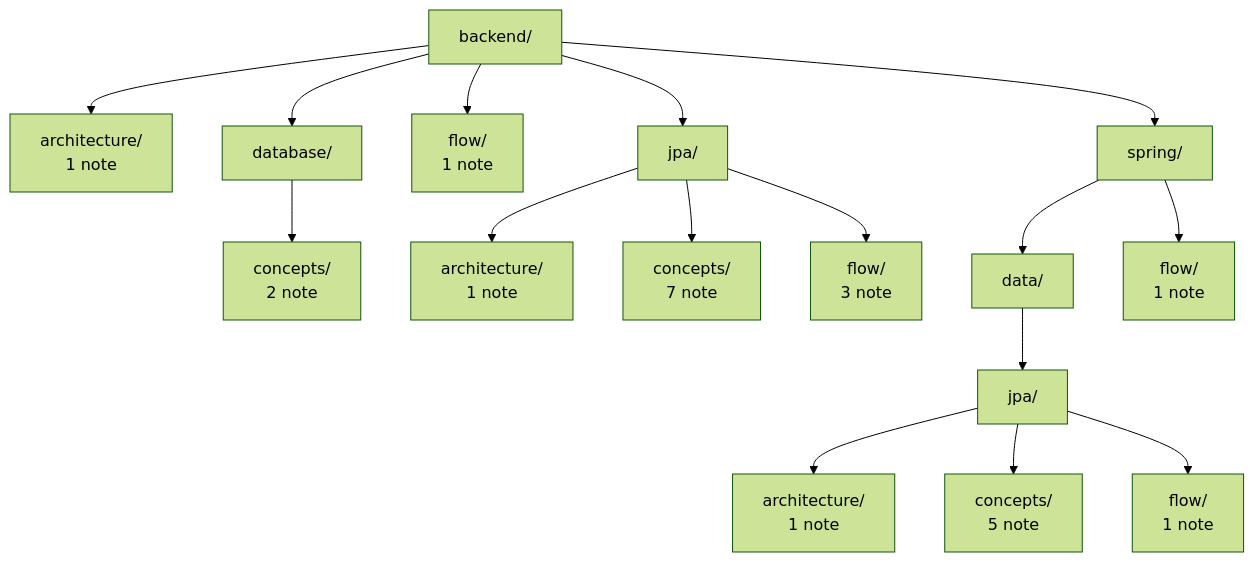
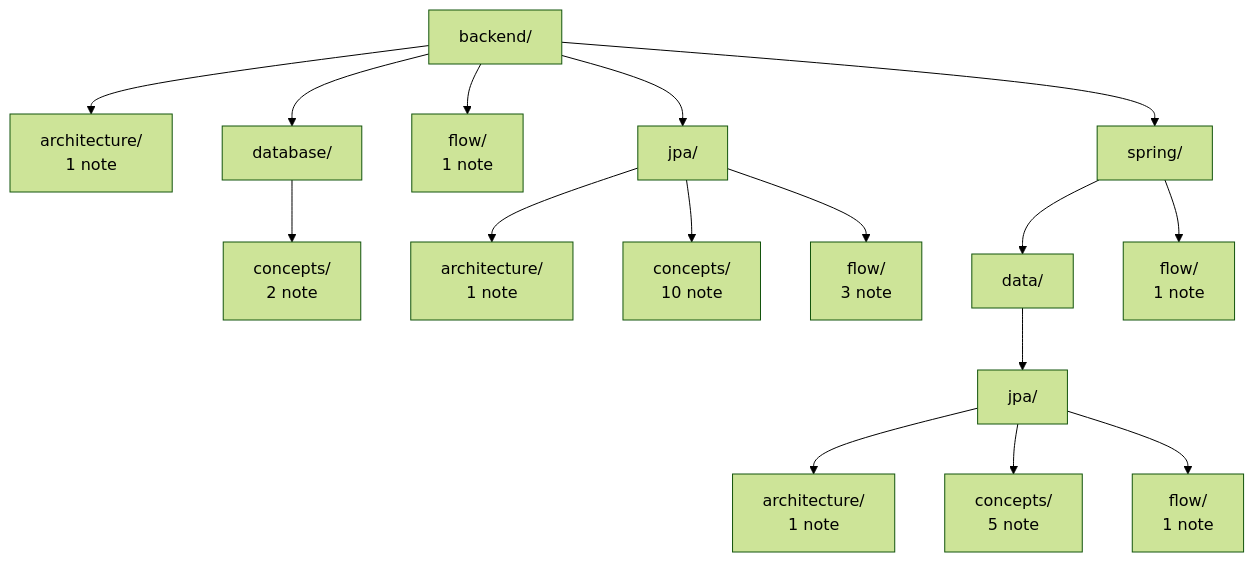
The diagram in notes/backend/README.md (Pizza-Mozzarella/self-learning), drawn with Mermaid (forest theme) before and after one commit. The commit also changed 18 other files, not shown here.

````diff
--- a/notes/backend/README.md
+++ b/notes/backend/README.md
@@ -8,34 +8,34 @@
 ```mermaid
 flowchart TD
     d0["backend/"]
     d1["architecture/<br/>1 note"]
     d0 --> d1
     d2["database/"]
     d0 --> d2
     d3["concepts/<br/>2 note"]
     d2 --> d3
     d4["flow/<br/>1 note"]
     d0 --> d4
     d5["jpa/"]
     d0 --> d5
     d6["architecture/<br/>1 note"]
     d5 --> d6
-    d7["concepts/<br/>7 note"]
+    d7["concepts/<br/>10 note"]
     d5 --> d7
     d8["flow/<br/>3 note"]
     d5 --> d8
     d9["spring/"]
     d0 --> d9
     d10["data/"]
     d9 --> d10
     d11["jpa/"]
     d10 --> d11
     d12["architecture/<br/>1 note"]
     d11 --> d12
     d13["concepts/<br/>5 note"]
     d11 --> d13
     d14["flow/<br/>1 note"]
     d11 --> d14
     d15["flow/<br/>1 note"]
     d9 --> d15
 ```
````
